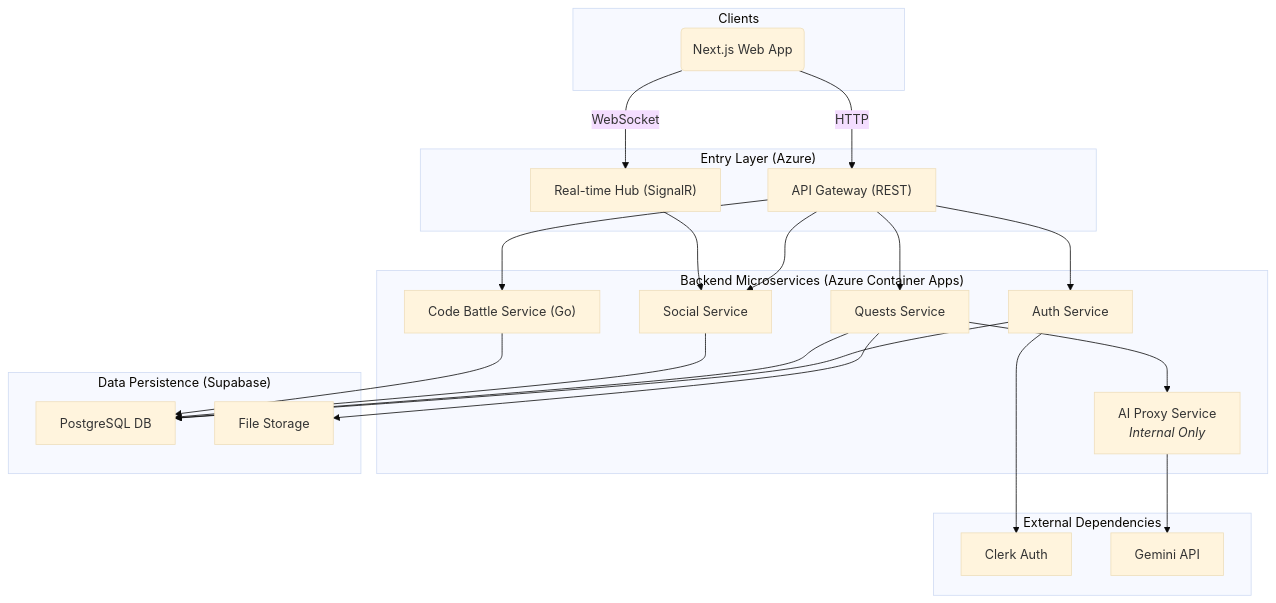
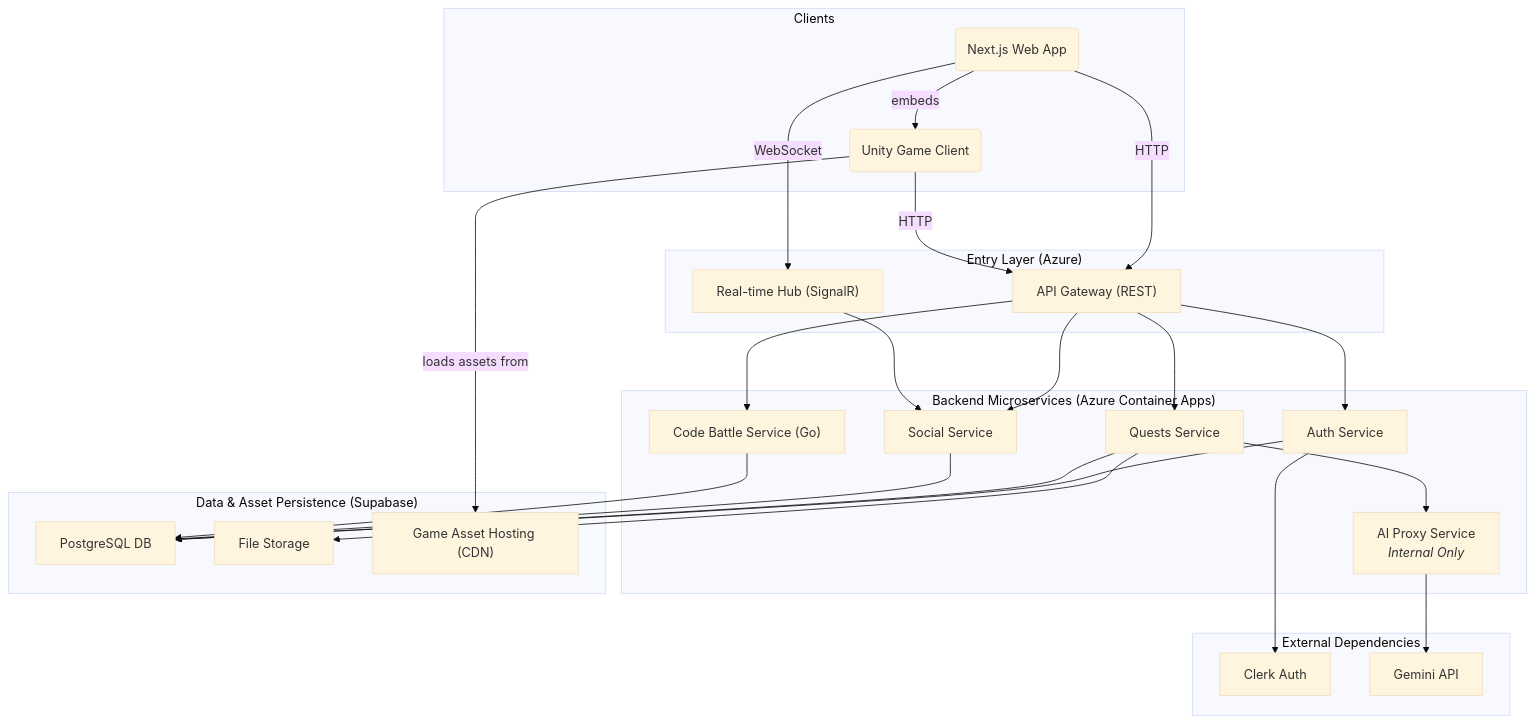
One commit to FA25SE050-RogueLearn/RogueLearn.BMAD.Documentation changed the second of 3 diagrams in docs/fullstack-architecture.md. Above: the diagram before and after it, drawn with Mermaid (base theme). The commit also changed other lines of this file, not shown here.

````diff
--- a/docs/fullstack-architecture.md
+++ b/docs/fullstack-architecture.md
@@ -785,52 +747,55 @@
 ```mermaid
 graph TD
     subgraph "Clients"
-        WebApp("Next.js Web App")
+        WebApp("Next.js Web App") -- embeds --> Unity("Unity Game Client")
     end
 
     subgraph "Entry Layer (Azure)"
         Gateway["API Gateway (REST)"]
         Realtime["Real-time Hub (SignalR)"]
     end
 
     subgraph "Backend Microservices (Azure Container Apps)"
         Auth["Auth Service"]
         Quests["Quests Service"]
         Social["Social Service"]
         CodeBattle["Code Battle Service (Go)"]
         AIProxy["AI Proxy Service<br/><em>Internal Only</em>"]
     end
 
     subgraph "External Dependencies"
         Clerk["Clerk Auth"]
         Gemini["Gemini API"]
     end
 
-    subgraph "Data Persistence (Supabase)"
+    subgraph "Data & Asset Persistence (Supabase)"
         DB["PostgreSQL DB"]
         Store["File Storage"]
+        GameAssets["Game Asset Hosting (CDN)"]
     end
 
     WebApp -- HTTP --> Gateway
     WebApp -- WebSocket --> Realtime
+    Unity -- HTTP --> Gateway
+    Unity -- loads assets from --> GameAssets
     
     Gateway --> Auth
     Gateway --> Quests
     Gateway --> Social
     Gateway --> CodeBattle
 
     Realtime --> Social
 
     Auth --> Clerk
     Auth --> DB
     
     Quests --> AIProxy
     Quests --> DB
     Quests --> Store
     
     Social --> DB
     
     CodeBattle --> DB
 
     AIProxy --> Gemini
 ```
````
